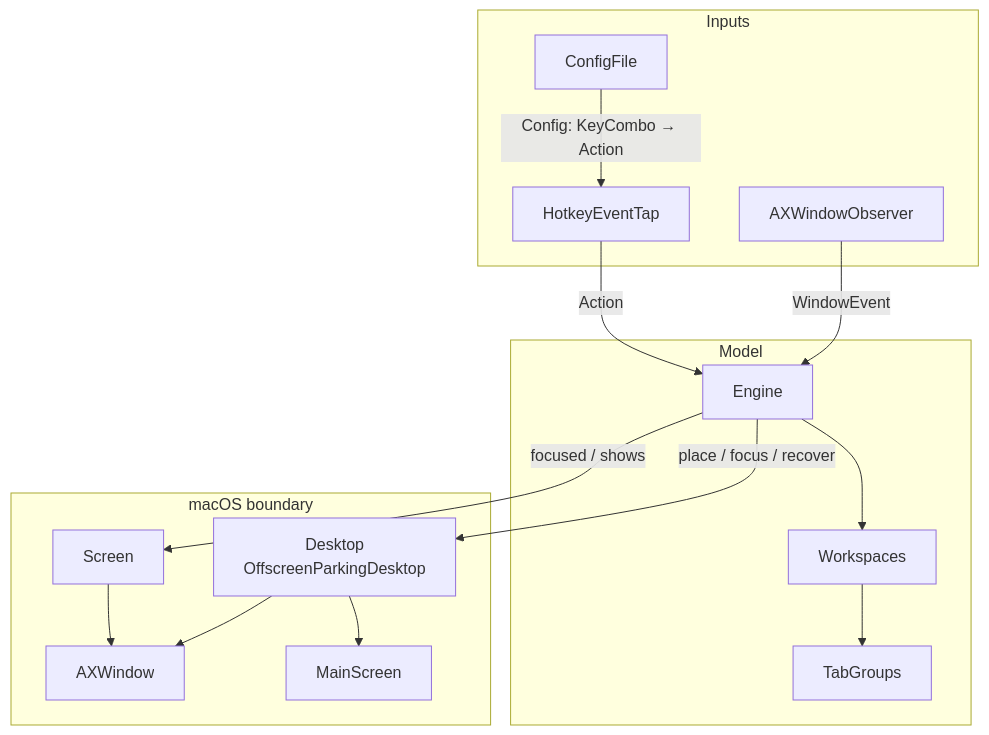
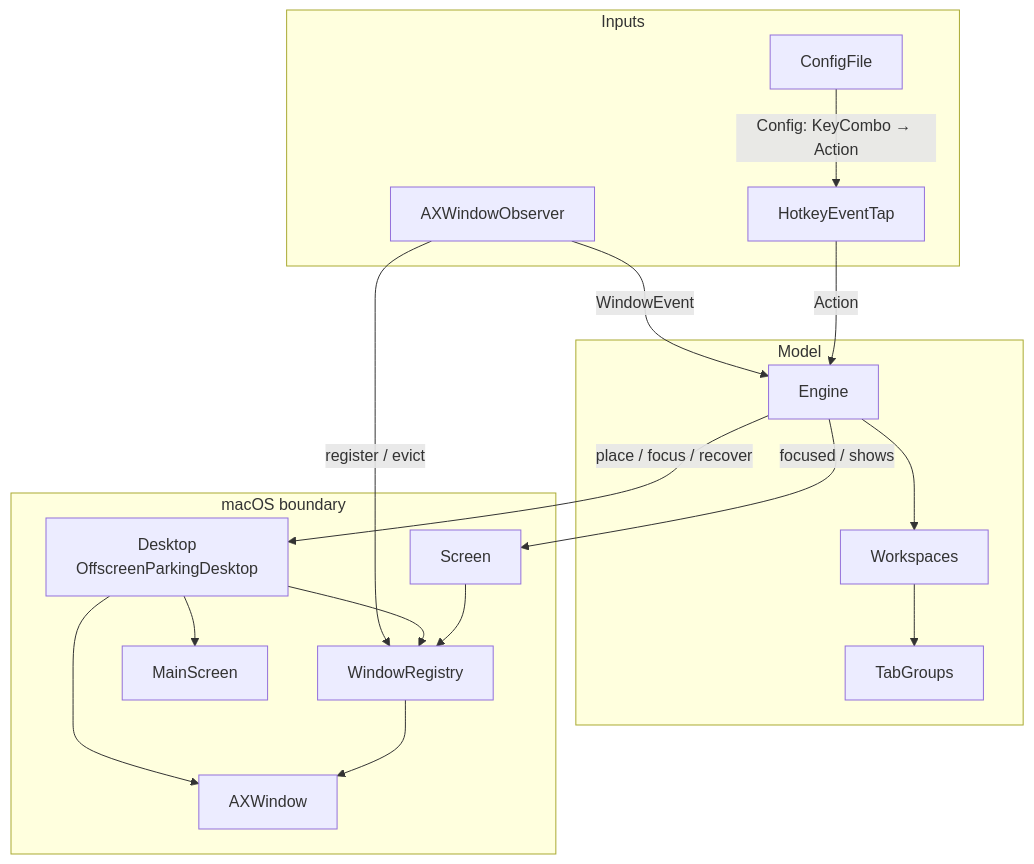
The first of 4 diagrams in ARCHITECTURE.md (brennovich/ottowm), drawn with Mermaid before and after one commit. The commit also changed other lines of this file and 4 other files, not shown here.

First line of the commit message:
Extract WindowRegistry out of AXWindowObserver

````diff
--- a/ARCHITECTURE.md
+++ b/ARCHITECTURE.md
@@ -8,32 +8,36 @@
 ```mermaid
 flowchart TB
     subgraph inputs[Inputs]
         AXWindowObserver
         HotkeyEventTap
         ConfigFile
     end
 
     subgraph core[Model]
         Engine
         Workspaces
         TabGroups
     end
 
     subgraph os[macOS boundary]
         Desktop[Desktop<br/>OffscreenParkingDesktop]
         Screen
+        WindowRegistry
         AXWindow
         MainScreen
     end
 
     AXWindowObserver -->|WindowEvent| Engine
     ConfigFile -->|Config: KeyCombo → Action| HotkeyEventTap
     HotkeyEventTap -->|Action| Engine
     Engine --> Workspaces
     Workspaces --> TabGroups
     Engine -->|place / focus / recover| Desktop
     Engine -->|focused / shows| Screen
+    AXWindowObserver -->|register / evict| WindowRegistry
+    Desktop --> WindowRegistry
     Desktop --> AXWindow
     Desktop --> MainScreen
-    Screen --> AXWindow
+    Screen --> WindowRegistry
+    WindowRegistry --> AXWindow
 ```
````
